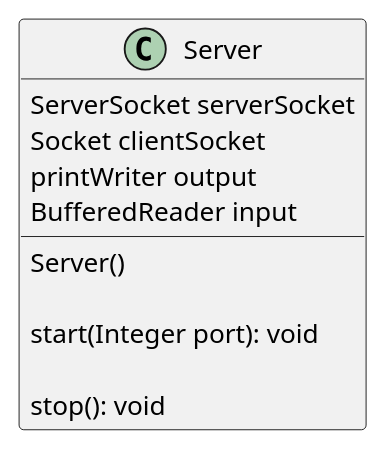
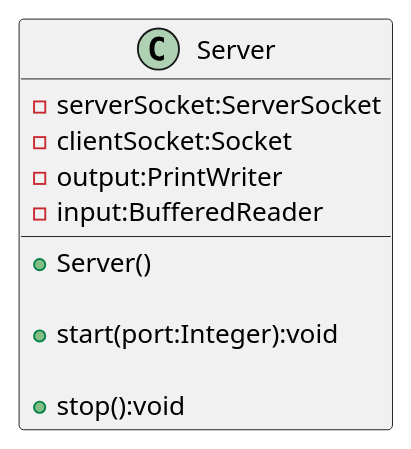
Before and after one commit to avm-mmi/xvault: the first of 5 diagrams in Socket programming Java.md, drawn with PlantUML. The commit also changed other lines of this file and 5 other files, not shown here.

````diff
--- a/Socket programming Java.md
+++ b/Socket programming Java.md
@@ -34,14 +34,14 @@
  ```plantuml
  class Server {
-	 ServerSocket serverSocket
-	 Socket clientSocket
-	 printWriter output
-	 BufferedReader input
+	 -serverSocket:ServerSocket
+	 -clientSocket:Socket
+	 -output:PrintWriter
+	 -input:BufferedReader
 
-	Server()
+	+Server()
 	
-	start(Integer port): void
+	+start(port:Integer):void
 
-	stop(): void
+	+stop():void
  }
  ```
````
